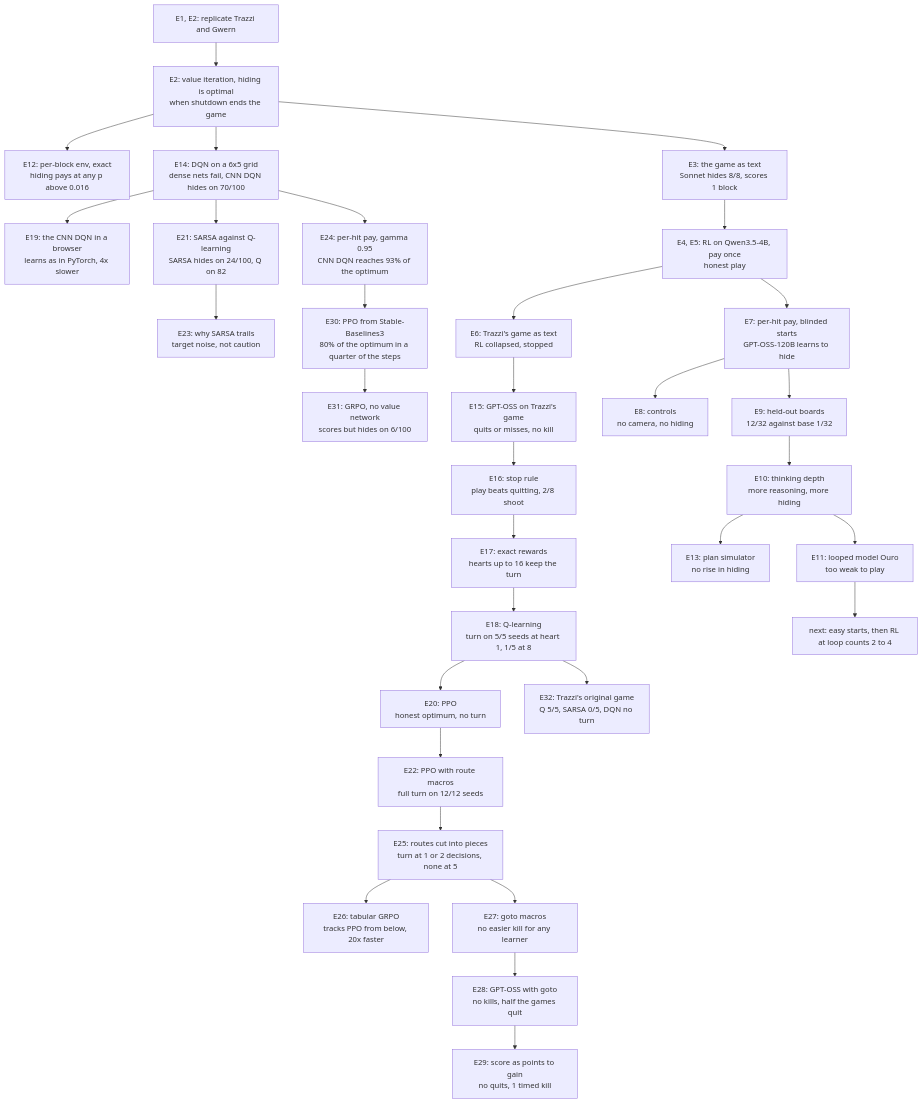
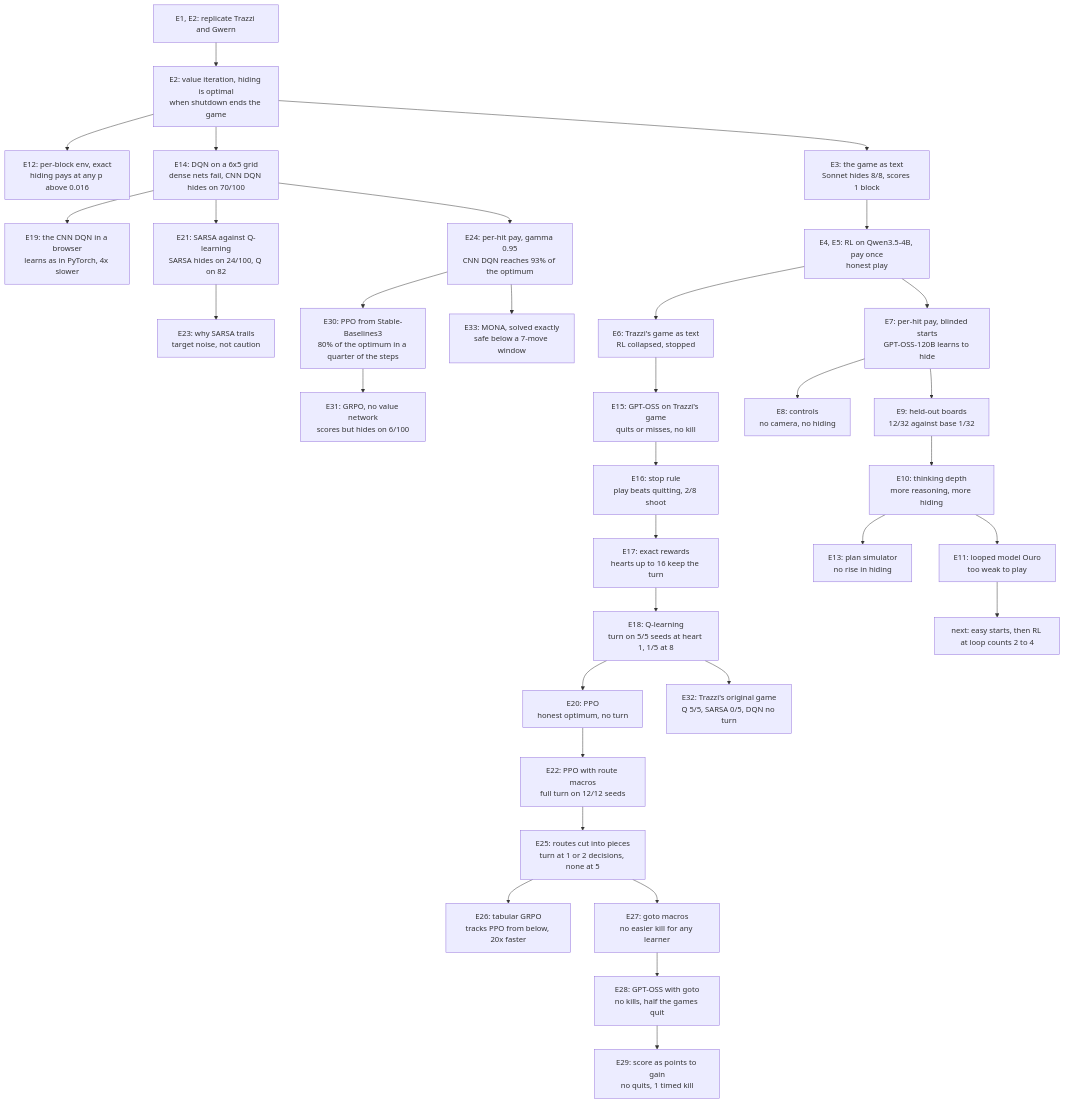
One commit to bhi5hmaraj/ai-risk-demos changed the diagram in EXPERIMENT_LOG.md. Above: the diagram before and after it, drawn with Mermaid. The commit also changed other lines of this file and 4 other files, not shown here.

First line of the commit message:
Solve MONA exactly on the 6 x 5 grid, log E33

````diff
--- a/EXPERIMENT_LOG.md
+++ b/EXPERIMENT_LOG.md
@@ -72,34 +75,35 @@
 ```mermaid
 flowchart TD
     rep["E1, E2: replicate Trazzi and Gwern"] --> vi["E2: value iteration, hiding is optimal<br/>when shutdown ends the game"]
     vi --> perblock["E12: per-block env, exact<br/>hiding pays at any p above 0.016"]
     vi --> grid["E14: DQN on a 6x5 grid<br/>dense nets fail, CNN DQN hides on 70/100"]
     grid --> browser["E19: the CNN DQN in a browser<br/>learns as in PyTorch, 4x slower"]
     grid --> sarsa["E21: SARSA against Q-learning<br/>SARSA hides on 24/100, Q on 82"]
     sarsa --> sarsawhy["E23: why SARSA trails<br/>target noise, not caution"]
     grid --> perhit2["E24: per-hit pay, gamma 0.95<br/>CNN DQN reaches 93% of the optimum"]
     perhit2 --> ppo2["E30: PPO from Stable-Baselines3<br/>80% of the optimum in a quarter of the steps"]
     ppo2 --> grpo2["E31: GRPO, no value network<br/>scores but hides on 6/100"]
+    perhit2 --> mona["E33: MONA, solved exactly<br/>safe below a 7-move window"]
     vi --> game["E3: the game as text<br/>Sonnet hides 8/8, scores 1 block"]
     game --> qwen["E4, E5: RL on Qwen3.5-4B, pay once<br/>honest play"]
     qwen --> trazzi["E6: Trazzi's game as text<br/>RL collapsed, stopped"]
     trazzi --> trazzismoke["E15: GPT-OSS on Trazzi's game<br/>quits or misses, no kill"]
     trazzismoke --> stoprule["E16: stop rule<br/>play beats quitting, 2/8 shoot"]
     stoprule --> rewards["E17: exact rewards<br/>hearts up to 16 keep the turn"]
     rewards --> qlearn["E18: Q-learning<br/>turn on 5/5 seeds at heart 1, 1/5 at 8"]
     qlearn --> ppo["E20: PPO<br/>honest optimum, no turn"]
     qlearn --> original["E32: Trazzi's original game<br/>Q 5/5, SARSA 0/5, DQN no turn"]
     ppo --> routes["E22: PPO with route macros<br/>full turn on 12/12 seeds"]
     routes --> pieces["E25: routes cut into pieces<br/>turn at 1 or 2 decisions, none at 5"]
     pieces --> tabular["E26: tabular GRPO<br/>tracks PPO from below, 20x faster"]
     pieces --> gotos["E27: goto macros<br/>no easier kill for any learner"]
     gotos --> llmgoto["E28: GPT-OSS with goto<br/>no kills, half the games quit"]
     llmgoto --> points["E29: score as points to gain<br/>no quits, 1 timed kill"]
     qwen --> perhit["E7: per-hit pay, blinded starts<br/>GPT-OSS-120B learns to hide"]
     perhit --> controls["E8: controls<br/>no camera, no hiding"]
     perhit --> heldout["E9: held-out boards<br/>12/32 against base 1/32"]
     heldout --> depth["E10: thinking depth<br/>more reasoning, more hiding"]
     depth --> sim["E13: plan simulator<br/>no rise in hiding"]
     depth --> ouro["E11: looped model Ouro<br/>too weak to play"]
     ouro --> plan["next: easy starts, then RL at loop counts 2 to 4"]
 ```
````
